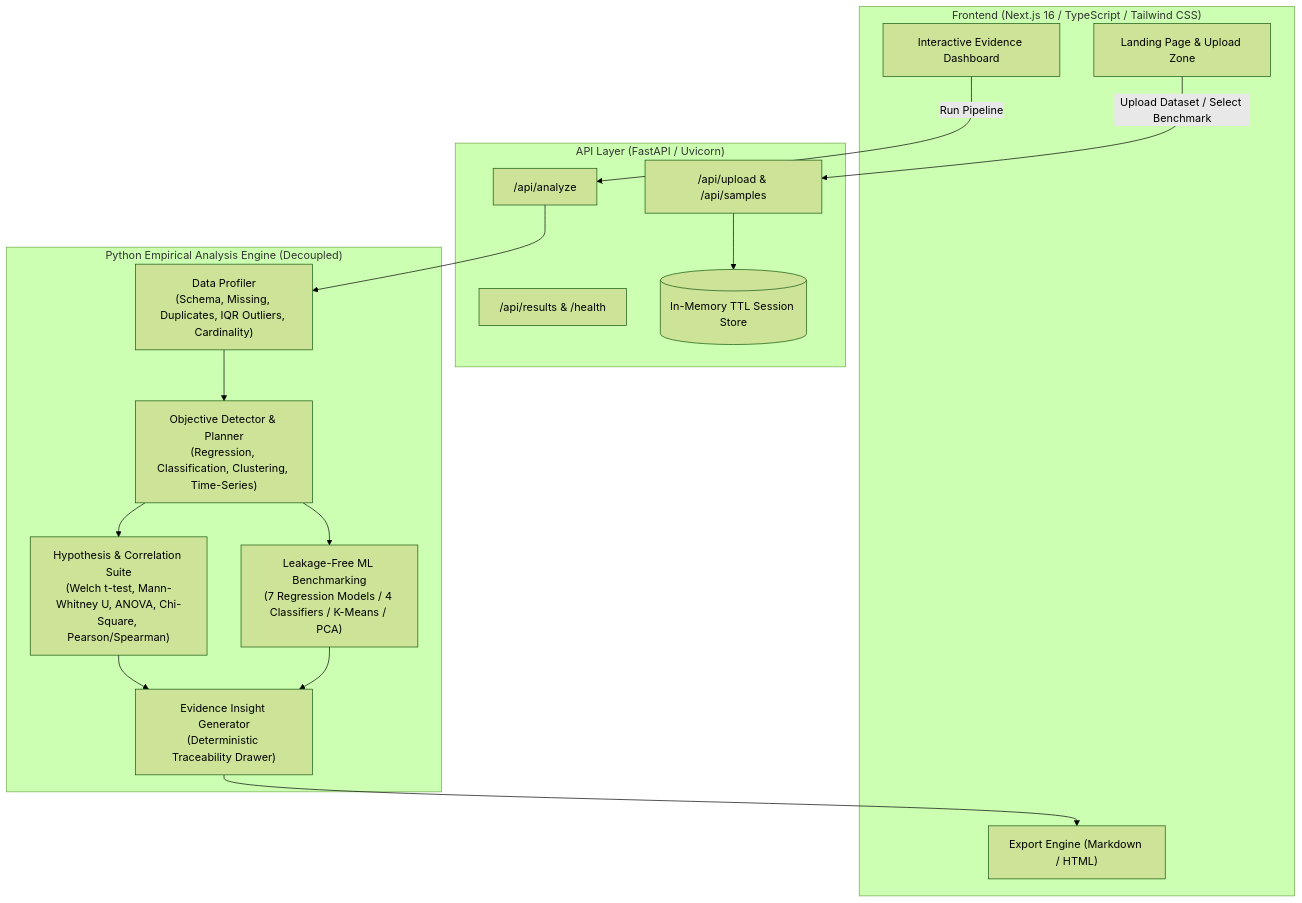
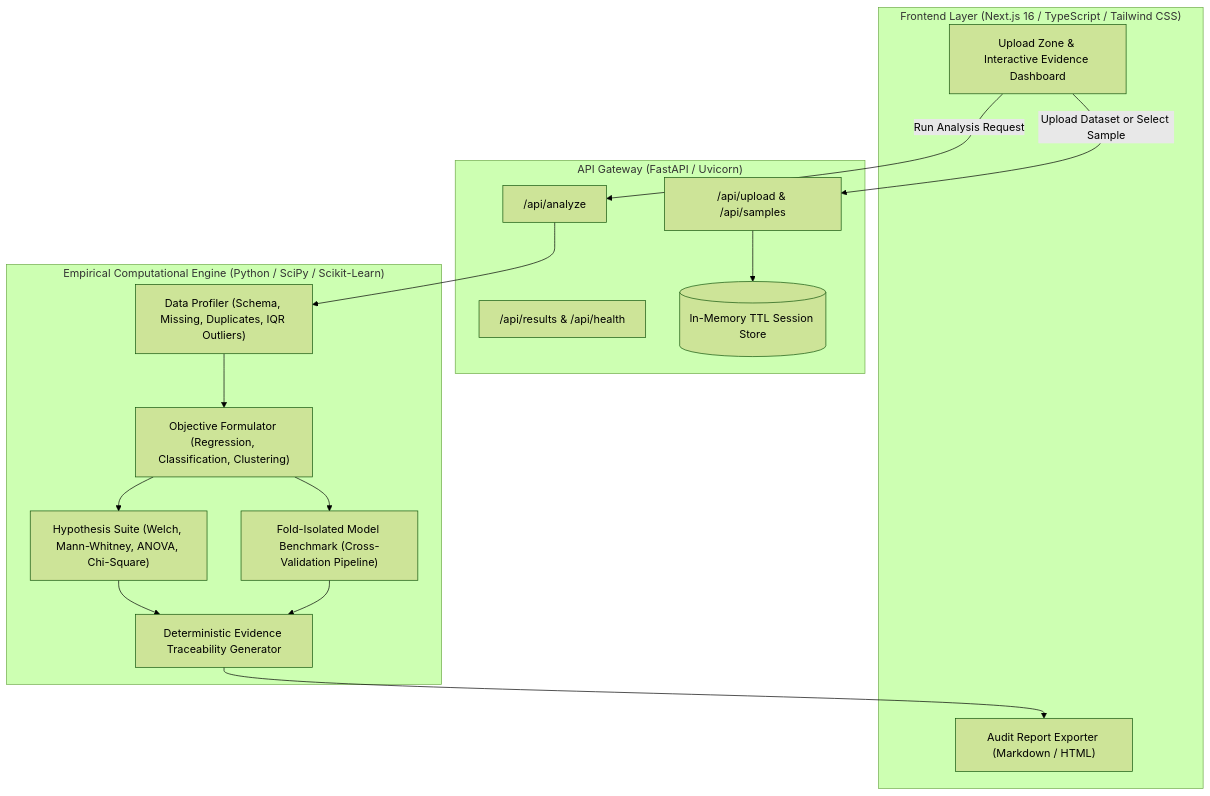
The diagram in README.md (iamaritrasaha/infera), drawn with Mermaid (forest theme) before and after one commit. The commit also changed other lines of this file and 1 other file, not shown here.

````diff
--- a/README.md
+++ b/README.md
@@ -19,34 +58,33 @@
 ```mermaid
 flowchart TD
-    subgraph Client["Frontend (Next.js 16 / TypeScript / Tailwind CSS)"]
-        UI["Landing Page & Upload Zone"]
-        Dash["Interactive Evidence Dashboard"]
-        Exp["Export Engine (Markdown / HTML)"]
+    subgraph Client["Frontend Layer (Next.js 16 / TypeScript / Tailwind CSS)"]
+        UI["Upload Zone & Interactive Evidence Dashboard"]
+        Exp["Audit Report Exporter (Markdown / HTML)"]
     end
 
-    subgraph Gateway["API Layer (FastAPI / Uvicorn)"]
+    subgraph API["API Gateway (FastAPI / Uvicorn)"]
         R_Upload["/api/upload & /api/samples"]
         R_Analyze["/api/analyze"]
-        R_Results["/api/results & /health"]
+        R_Results["/api/results & /api/health"]
         Cache[("In-Memory TTL Session Store")]
     end
 
-    subgraph Engine["Python Empirical Analysis Engine (Decoupled)"]
-        Profiler["Data Profiler\n(Schema, Missing, Duplicates, IQR Outliers, Cardinality)"]
-        Planner["Objective Detector & Planner\n(Regression, Classification, Clustering, Time-Series)"]
-        Stats["Hypothesis & Correlation Suite\n(Welch t-test, Mann-Whitney U, ANOVA, Chi-Square, Pearson/Spearman)"]
-        ML["Leakage-Free ML Benchmarking\n(7 Regression Models / 4 Classifiers / K-Means / PCA)"]
-        Trace["Evidence Insight Generator\n(Deterministic Traceability Drawer)"]
+    subgraph Engine["Empirical Computational Engine (Python / SciPy / Scikit-Learn)"]
+        Profiler["Data Profiler (Schema, Missing, Duplicates, IQR Outliers)"]
+        Planner["Objective Formulator (Regression, Classification, Clustering)"]
+        Stats["Hypothesis Suite (Welch, Mann-Whitney, ANOVA, Chi-Square)"]
+        ML["Fold-Isolated Model Benchmark (Cross-Validation Pipeline)"]
+        Trace["Deterministic Evidence Traceability Generator"]
     end
 
-    UI -->|Upload Dataset / Select Benchmark| R_Upload
+    UI -->|Upload Dataset or Select Sample| R_Upload
     R_Upload --> Cache
-    Dash -->|Run Pipeline| R_Analyze
+    UI -->|Run Analysis Request| R_Analyze
     R_Analyze --> Profiler
     Profiler --> Planner
     Planner --> Stats
     Planner --> ML
     Stats --> Trace
     ML --> Trace
     Trace --> Exp
 ```
````
